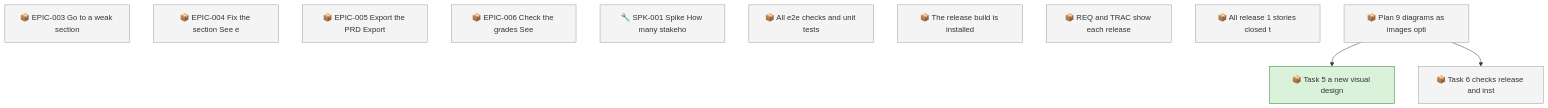
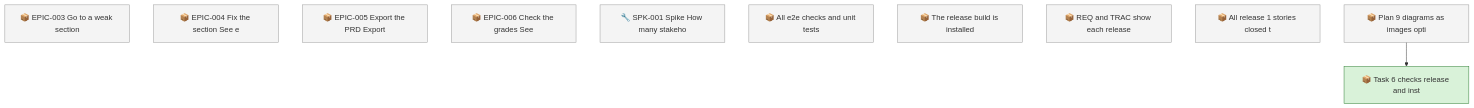
The first of 2 diagrams in docs/roadmap.md (SpillwaveSolutions/prd-forge-viewer), drawn with Mermaid before and after one commit. The commit also changed other lines of this file and 10 other files, not shown here.

First line of the commit message:
feat: a new visual design for the viewer

````diff
--- a/docs/roadmap.md
+++ b/docs/roadmap.md
@@ -69,21 +68,19 @@
 ```mermaid
 graph TD
     01M61XNJQPA0F7H1BG56ERNJ3P["📦 EPIC-003 Go to a weak section"]
     01M61XNK50616FWM0WZ4FGWGEB["📦 EPIC-004 Fix the section See e"]
     01M61XNK9MPMV0RAEKPX0JC3K4["📦 EPIC-005 Export the PRD Export"]
     01M61XNM7GHPSJ1B96BCHA59ZE["📦 EPIC-006 Check the grades See"]
     01M61XNM9NY7F4D4V7400J56X9["🔧 SPK-001 Spike How many stakeho"]
     01M62C7REGCD2R415FMWFCZMV8["📦 All e2e checks and unit tests"]
     01M62C7REGCD2R415FMWFCZMVA["📦 The release build is installed"]
     01M62C7REHN9N2P8Z19K0EPA0F["📦 REQ and TRAC show each release"]
     01M62C7REHN9N2P8Z19K0EPA0H["📦 All release 1 stories closed t"]
     01M6700RY14BFZCYD4FGHJYB7Q["📦 Plan 9 diagrams as images opti"]
-    01M6700RYF3F05QEDN2V10MPTK["📦 Task 5 a new visual design"]
     01M6700RYF3F05QEDN2V10MPTN["📦 Task 6 checks release and inst"]
-    01M6700RY14BFZCYD4FGHJYB7Q --> 01M6700RYF3F05QEDN2V10MPTK
     01M6700RY14BFZCYD4FGHJYB7Q --> 01M6700RYF3F05QEDN2V10MPTN
     classDef todo fill:#f4f4f4,stroke:#999999
-    class 01M61XNJQPA0F7H1BG56ERNJ3P,01M61XNK50616FWM0WZ4FGWGEB,01M61XNK9MPMV0RAEKPX0JC3K4,01M61XNM7GHPSJ1B96BCHA59ZE,01M61XNM9NY7F4D4V7400J56X9,01M62C7REGCD2R415FMWFCZMV8,01M62C7REGCD2R415FMWFCZMVA,01M62C7REHN9N2P8Z19K0EPA0F,01M62C7REHN9N2P8Z19K0EPA0H,01M6700RY14BFZCYD4FGHJYB7Q,01M6700RYF3F05QEDN2V10MPTN todo
+    class 01M61XNJQPA0F7H1BG56ERNJ3P,01M61XNK50616FWM0WZ4FGWGEB,01M61XNK9MPMV0RAEKPX0JC3K4,01M61XNM7GHPSJ1B96BCHA59ZE,01M61XNM9NY7F4D4V7400J56X9,01M62C7REGCD2R415FMWFCZMV8,01M62C7REGCD2R415FMWFCZMVA,01M62C7REHN9N2P8Z19K0EPA0F,01M62C7REHN9N2P8Z19K0EPA0H,01M6700RY14BFZCYD4FGHJYB7Q todo
     classDef in_progress fill:#d9f2d9,stroke:#2e7d32
-    class 01M6700RYF3F05QEDN2V10MPTK in_progress
+    class 01M6700RYF3F05QEDN2V10MPTN in_progress
 ```
````
